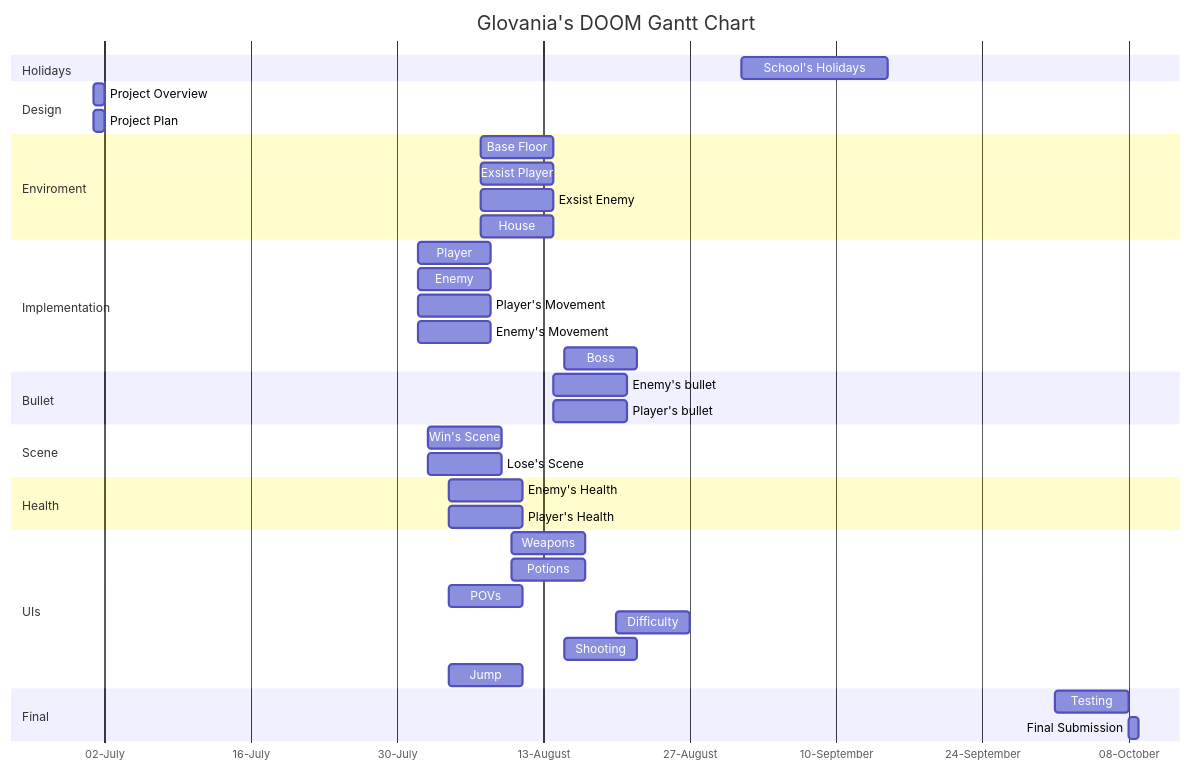
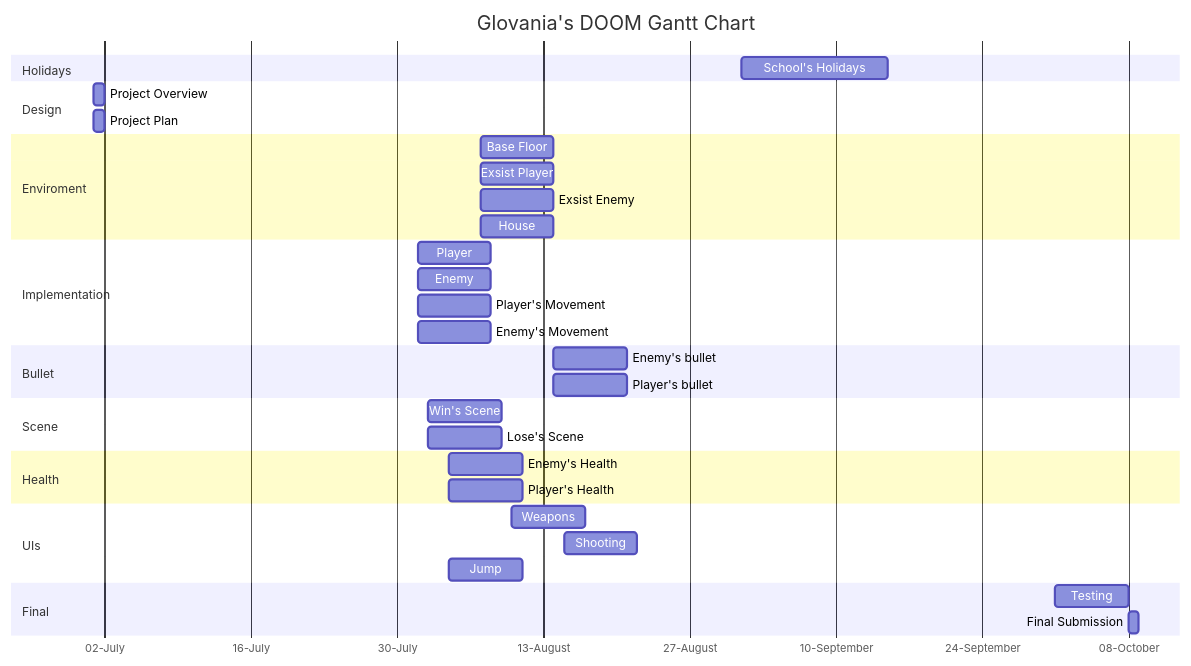
Before and after one commit to Glovania/FPS-Game: the diagram in RoadMap.md, drawn with Mermaid.

Commit message:
:pencil: Remove not nessesary implement

````diff
--- a/RoadMap.md
+++ b/RoadMap.md
@@ -1,60 +1,56 @@
 ```mermaid
 gantt
     title Glovania's DOOM Gantt Chart
     dateFormat DD-MM-YYYY
     axisFormat %d-%B
     tickInterval 2week
 
 
     section Holidays
     School's Holidays: 01-09-2023, 14d
 
 
     section Design
     Project Overview: 01-07-2023, 1d
     Project Plan: 01-07-2023, 1d
 
 
     section Enviroment
     Base Floor: 07-08-2023,7d
     Exsist Player: 07-08-2023, 7d
     Exsist Enemy: 07-08-2023, 7d
     House: 07-08-2023, 7d
 
 
     section Implementation
     Player: 01-08-2023, 7d
     Enemy: 01-08-2023, 7d
     Player's Movement: 01-08-2023, 7d
     Enemy's Movement: 01-08-2023, 7d
-    Boss: 15-08-2023, 7d
 
 
     section Bullet
     Enemy's bullet: 14-08-2023, 7d
     Player's bullet: 14-08-2023, 7d
 
 
     section Scene
     Win's Scene: 02-08-2023, 7d
     Lose's Scene: 02-08-2023, 7d
 
 
     section Health
     Enemy's Health: 04-08-2023, 7d
     Player's Health: 04-08-2023, 7d
 
 
     section UIs
     Weapons: 10-08-2023, 7d
-    Potions: 10-08-2023, 7d
-    POVs: 04-08-2023, 7d
-    Difficulty: 20-08-2023, 7d
     Shooting: 15-08-2023, 7d
     Jump: 04-08-2023, 7d
 
 
     section Final
     Testing: 01-10-2023, 7d
     Final Submission: 08-10-2023, 1d
 ```
````
